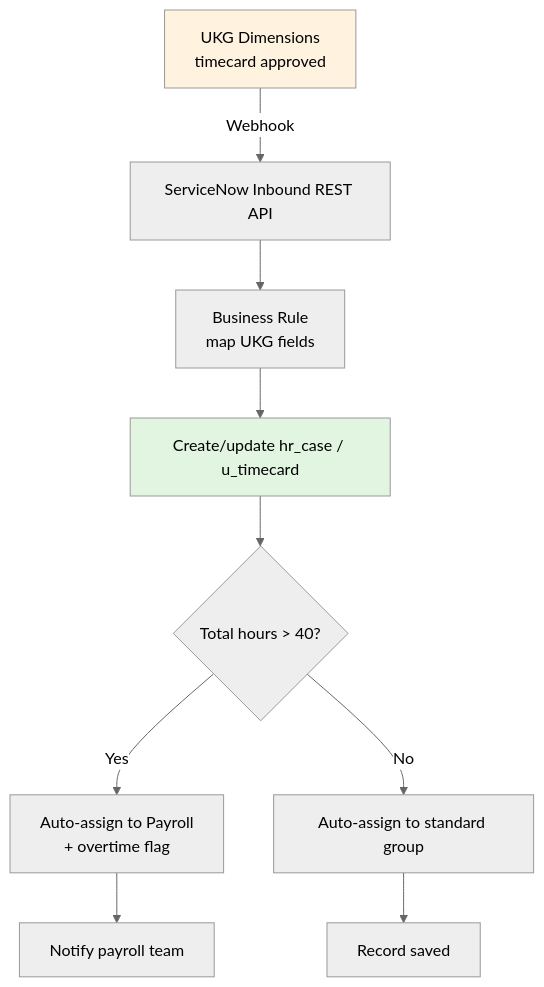
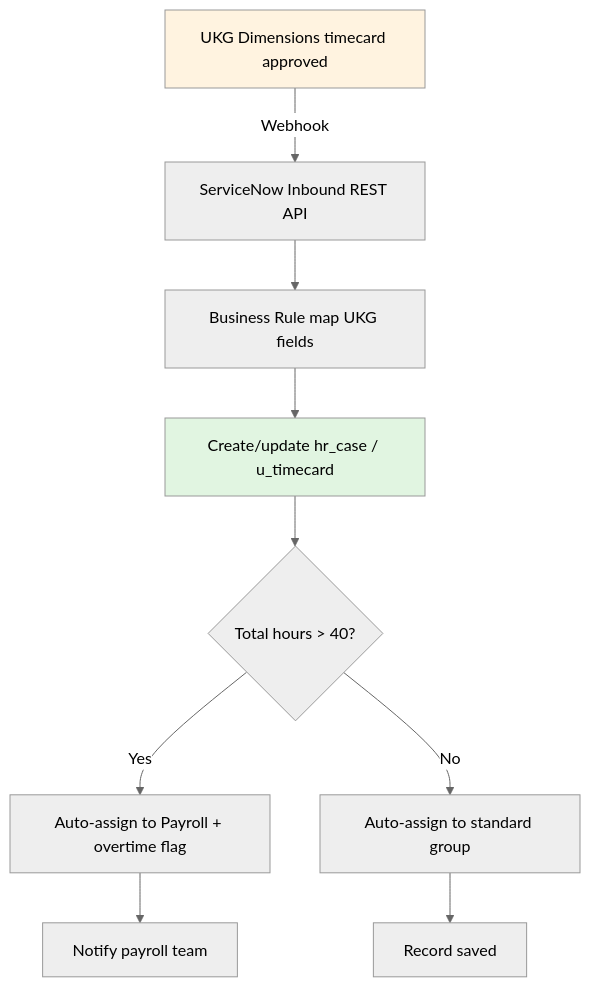
Before and after one commit to eltonaguiar/ServiceNow_Learning_TSOM-_CSM_FSM_SalesCRM_HAM_ITSM: the second of 5 diagrams in docs/modules/other/other-guide.md, drawn with Mermaid (neutral theme). The commit also changed other lines of this file and 11 other files, not shown here.

First line of the commit message:
Fix all mermaid diagrams: remove br/ tags that break rendering on GitHub Pages

````diff
--- a/docs/modules/other/other-guide.md
+++ b/docs/modules/other/other-guide.md
@@ -973,14 +973,14 @@
 ```mermaid
 flowchart TD
-    UKG[UKG Dimensions<br/>timecard approved] -->|Webhook| API[ServiceNow Inbound REST API]
-    API --> BR[Business Rule<br/>map UKG fields]
+    UKG[UKG Dimensions timecard approved] -->|Webhook| API[ServiceNow Inbound REST API]
+    API --> BR[Business Rule map UKG fields]
     BR --> Case[Create/update hr_case / u_timecard]
     Case --> Assign{Total hours > 40?}
-    Assign -->|Yes| OT[Auto-assign to Payroll<br/>+ overtime flag]
+    Assign -->|Yes| OT[Auto-assign to Payroll + overtime flag]
     Assign -->|No| Normal[Auto-assign to standard group]
     OT --> Notify[Notify payroll team]
     Normal --> Done[Record saved]
 
     style UKG fill:#fff3e0,color:#000
     style Case fill:#e1f5e1,color:#000
 ```
````
